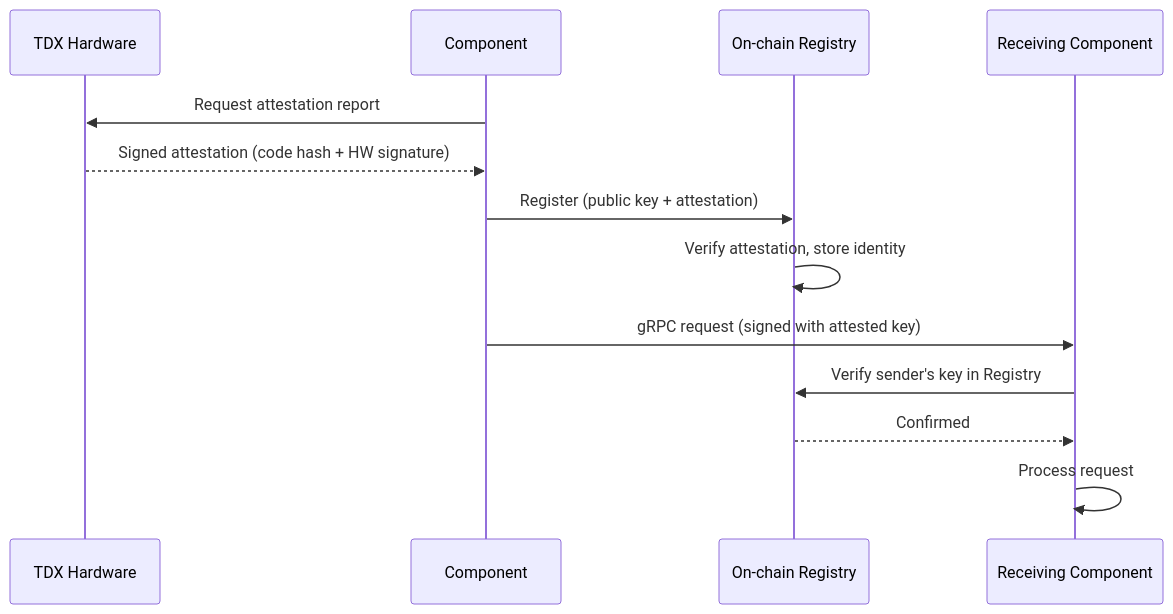
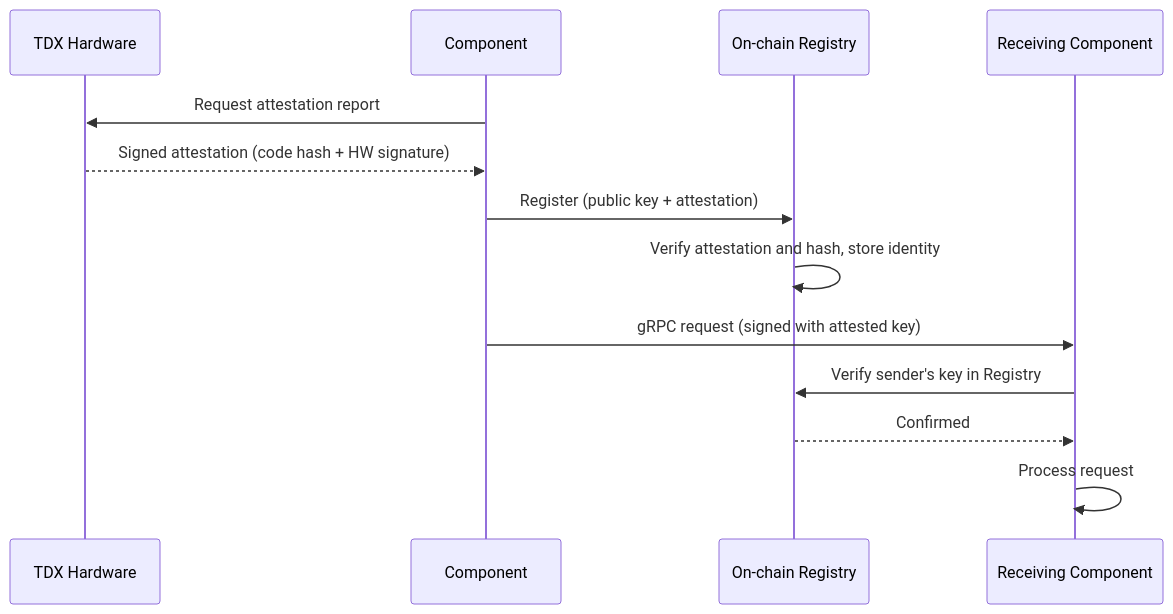
Before and after one commit to iExec-Nox/documentation: the first of 2 diagrams in src/protocol/protocol-vision.md, drawn with Mermaid. The commit also changed other lines of this file and 1 other file, not shown here.

Commit message:
docs: enhance protocol vision document with detailed architecture and privacy strategies

````diff
--- a/src/protocol/protocol-vision.md
+++ b/src/protocol/protocol-vision.md
@@ -65,16 +119,16 @@
 ```mermaid
 sequenceDiagram
     participant HW as TDX Hardware
     participant C as Component
     participant BC as On-chain Registry
     participant R as Receiving Component
 
     C->>HW: Request attestation report
     HW-->>C: Signed attestation (code hash + HW signature)
     C->>BC: Register (public key + attestation)
-    BC->>BC: Verify attestation, store identity
+    BC->>BC: Verify attestation and hash, store identity
     C->>R: gRPC request (signed with attested key)
     R->>BC: Verify sender's key in Registry
     BC-->>R: Confirmed
     R->>R: Process request
 ```
````
